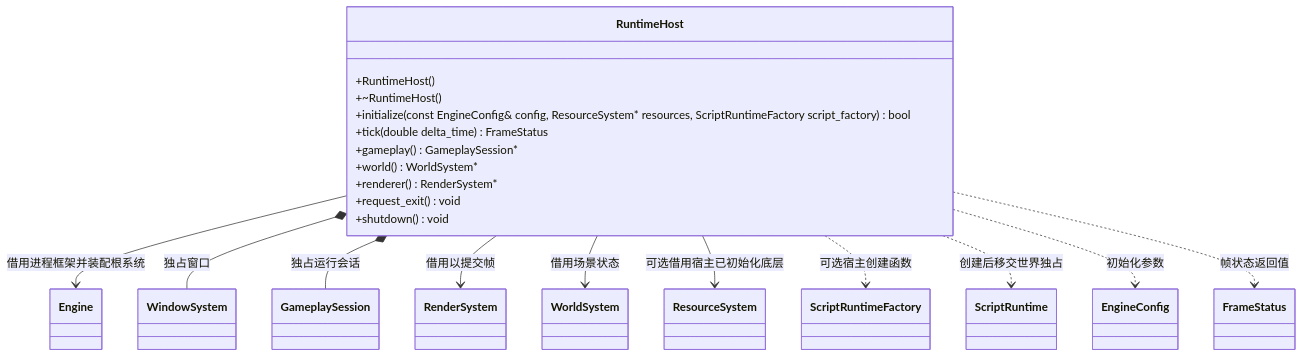
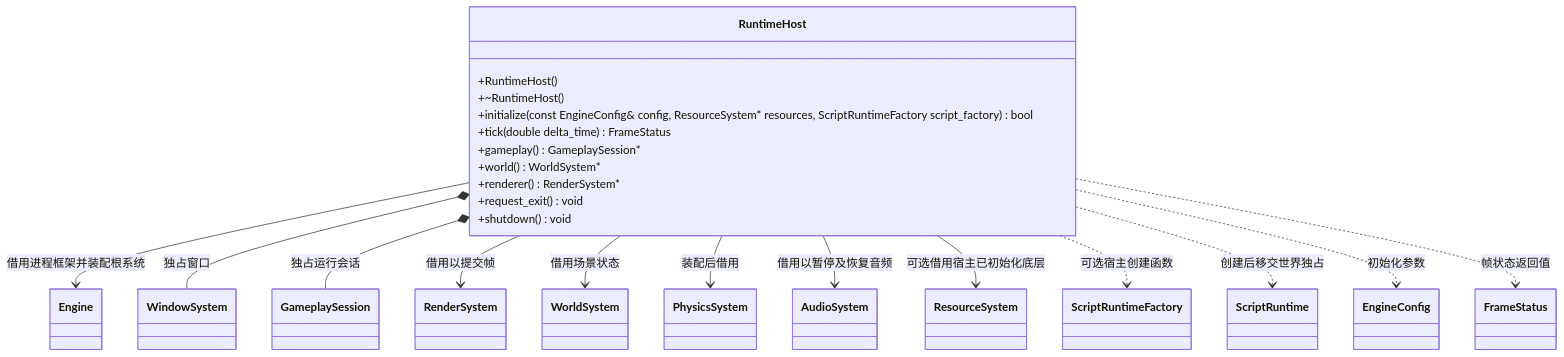
The diagram in docs/runtime/class-diagrams/runtime-host.md (lcals/Engine), drawn with Mermaid before and after one commit. The commit also changed other lines of this file and 114 other files, not shown here.

Commit message:
feat: add physics and audio components with editor workflows

````diff
--- a/docs/runtime/class-diagrams/runtime-host.md
+++ b/docs/runtime/class-diagrams/runtime-host.md
@@ -5,35 +5,39 @@
 ```mermaid
 classDiagram
     direction TB
     class RuntimeHost {
         +RuntimeHost()
         +~RuntimeHost()
         +initialize(const EngineConfig& config, ResourceSystem#42; resources, ScriptRuntimeFactory script_factory) bool
         +tick(double delta_time) FrameStatus
         +gameplay() GameplaySession#42;
         +world() WorldSystem#42;
         +renderer() RenderSystem#42;
         +request_exit() void
         +shutdown() void
     }
     class Engine
     class WindowSystem
     class GameplaySession
     class RenderSystem
     class WorldSystem
+    class PhysicsSystem
+    class AudioSystem
     class ResourceSystem
     class ScriptRuntime
     class ScriptRuntimeFactory
     class EngineConfig
     class FrameStatus
     RuntimeHost --> Engine : 借用进程框架并装配根系统
     RuntimeHost *-- WindowSystem : 独占窗口
     RuntimeHost *-- GameplaySession : 独占运行会话
     RuntimeHost --> RenderSystem : 借用以提交帧
     RuntimeHost --> WorldSystem : 借用场景状态
+    RuntimeHost --> PhysicsSystem : 装配后借用
+    RuntimeHost --> AudioSystem : 借用以暂停及恢复音频
     RuntimeHost --> ResourceSystem : 可选借用宿主已初始化底层
     RuntimeHost ..> ScriptRuntimeFactory : 可选宿主创建函数
     RuntimeHost ..> ScriptRuntime : 创建后移交世界独占
     RuntimeHost ..> EngineConfig : 初始化参数
     RuntimeHost ..> FrameStatus : 帧状态返回值
 ```
````
